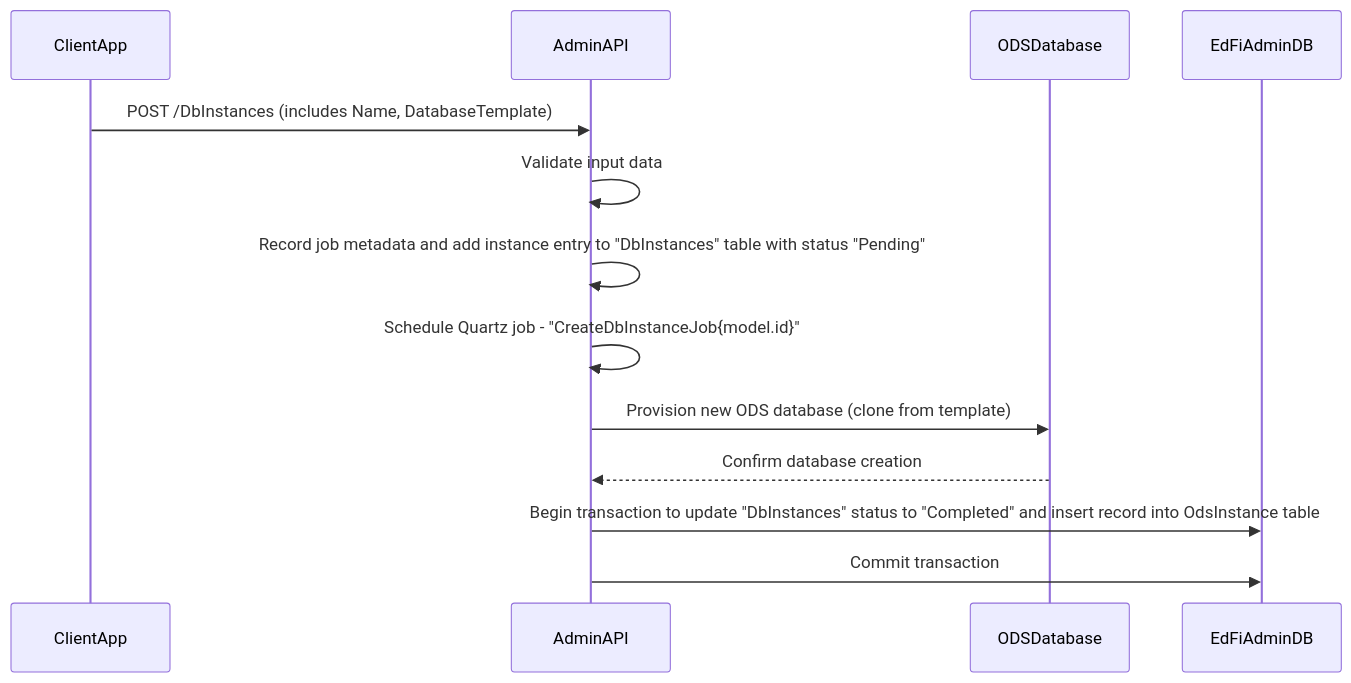
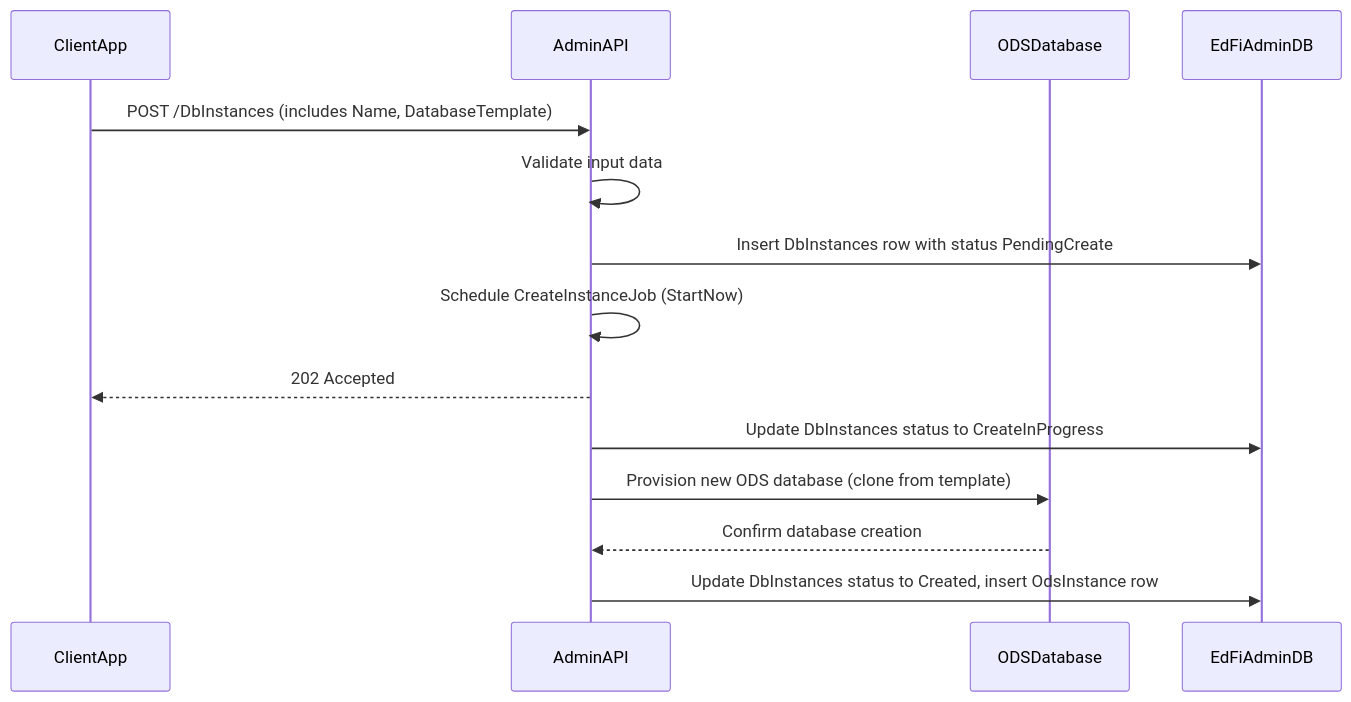
The second of 3 diagrams in docs/design/INSTANCE-MANAGEMENT.md (Ed-Fi-Alliance-OSS/ODS-Admin-API), drawn with Mermaid before and after one commit. The commit also changed other lines of this file and 42 other files, not shown here.

````diff
--- a/docs/design/INSTANCE-MANAGEMENT.md
+++ b/docs/design/INSTANCE-MANAGEMENT.md
@@ -110,16 +122,17 @@
 ```mermaid
 sequenceDiagram
   participant ClientApp
   participant AdminAPI
   participant ODSDatabase
   participant EdFiAdminDB
 
   ClientApp->>AdminAPI: POST /DbInstances (includes Name, DatabaseTemplate)
   AdminAPI->>AdminAPI: Validate input data
-  AdminAPI->>AdminAPI: Record job metadata and add instance entry to "DbInstances" table with status "Pending"
-  AdminAPI->>AdminAPI: Schedule Quartz job - "CreateDbInstanceJob{model.id}"
+  AdminAPI->>EdFiAdminDB: Insert DbInstances row with status PendingCreate
+  AdminAPI->>AdminAPI: Schedule CreateInstanceJob (StartNow)
+  AdminAPI-->>ClientApp: 202 Accepted
+  AdminAPI->>EdFiAdminDB: Update DbInstances status to CreateInProgress
   AdminAPI->>ODSDatabase: Provision new ODS database (clone from template)
   ODSDatabase-->>AdminAPI: Confirm database creation
-  AdminAPI->>EdFiAdminDB: Begin transaction to update "DbInstances" status to "Completed" and insert record into OdsInstance table
-  AdminAPI->>EdFiAdminDB: Commit transaction
+  AdminAPI->>EdFiAdminDB: Update DbInstances status to Created, insert OdsInstance row
 ```
````
